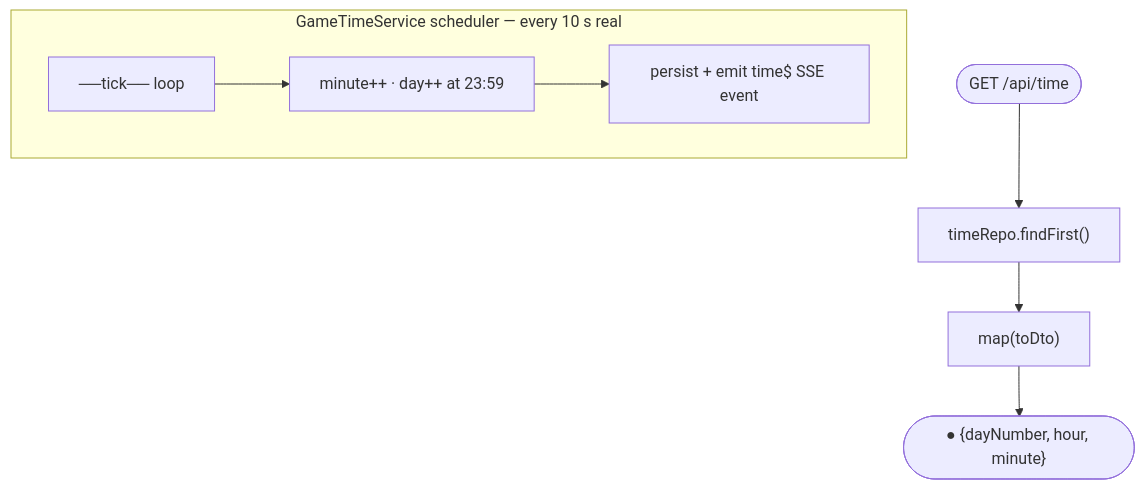
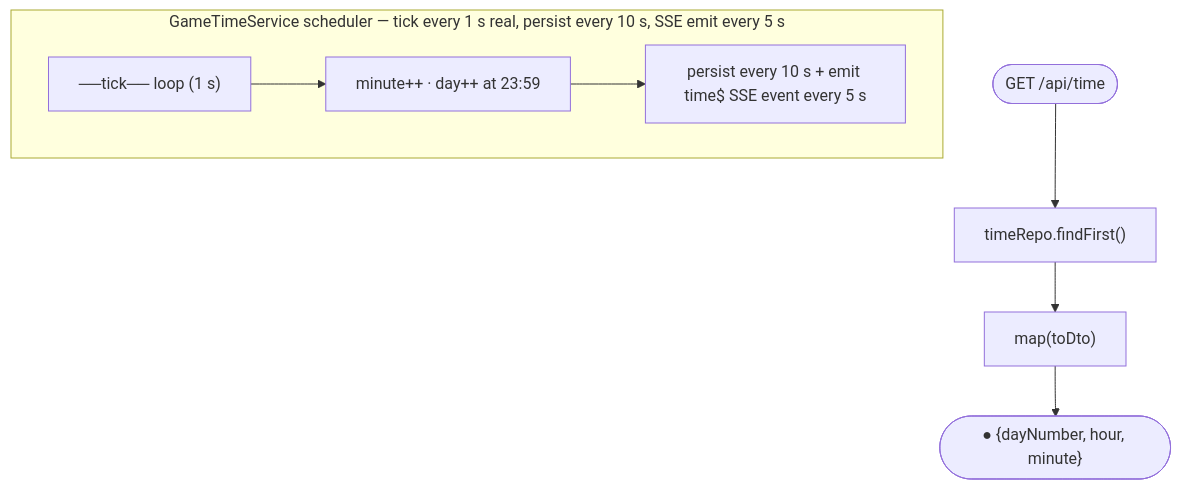
Diagram 44 of 48 in README.md (hugmesh/hugmesh-games), drawn with Mermaid before and after one commit. The commit also changed other lines of this file, not shown here.

````diff
--- a/README.md
+++ b/README.md
@@ -915,8 +929,8 @@
 ```mermaid
 flowchart TB
-    subgraph sched["GameTimeService scheduler — every 10 s real"]
+    subgraph sched["GameTimeService scheduler — tick every 1 s real, persist every 10 s, SSE emit every 5 s"]
         direction LR
-        T["──tick── loop"] --> Inc["minute++ · day++ at 23:59"] --> Persist["persist + emit time$ SSE event"]
+        T["──tick── loop (1 s)"] --> Inc["minute++ · day++ at 23:59"] --> Persist["persist every 10 s + emit time$ SSE event every 5 s"]
     end
     R(["GET /api/time"]) --> Q["timeRepo.findFirst()"] --> Mp["map(toDto)"] --> O(["● {dayNumber, hour, minute}"])
 ```
````
